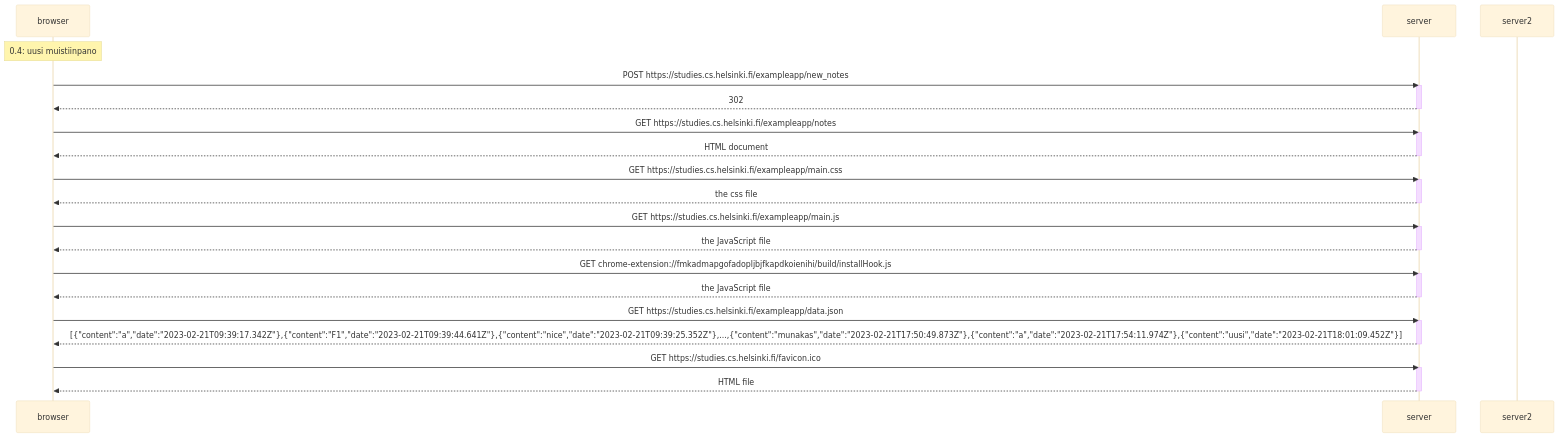
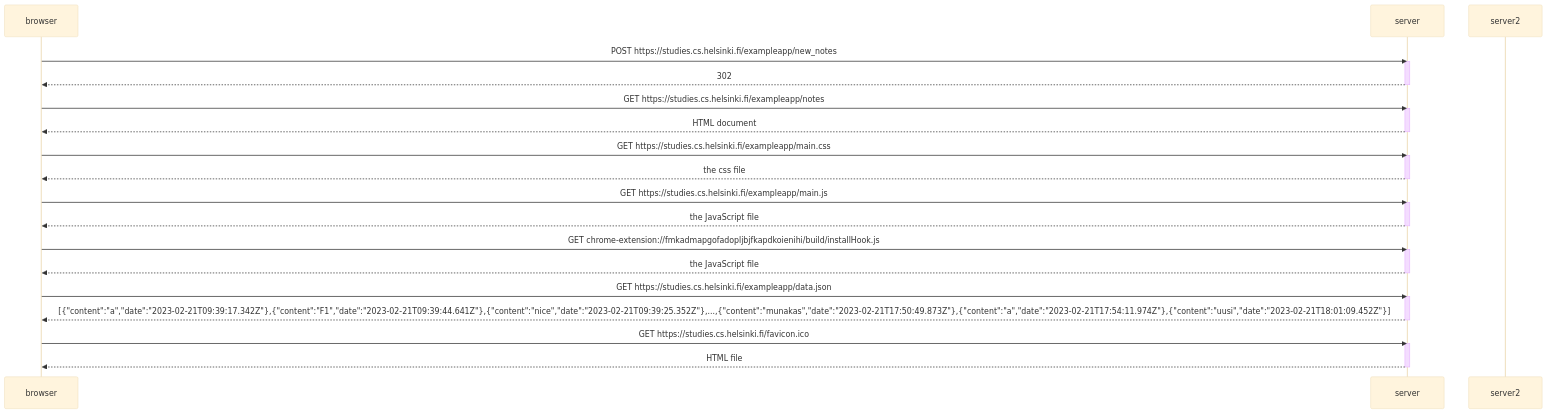
Before and after one commit to RitaMilk/FSHY2023: the diagram in OSA0/readme.md, drawn with Mermaid (base theme). The commit also changed other lines of this file, not shown here.

````diff
--- a/OSA0/readme.md
+++ b/OSA0/readme.md
@@ -1,42 +3,42 @@
 ```mermaid
 
 sequenceDiagram
     participant browser
     participant server
     participant server2
-    NOTE over browser: 0.4: uusi muistiinpano
+    
     browser->>server: POST https://studies.cs.helsinki.fi/exampleapp/new_notes
     activate server
     server-->>browser: 302
     deactivate server
 
     browser->>server: GET https://studies.cs.helsinki.fi/exampleapp/notes
     activate server
     server-->>browser: HTML document
     deactivate server
 	
     browser->>server: GET https://studies.cs.helsinki.fi/exampleapp/main.css
     activate server
     server-->>browser: the css file
     deactivate server
 
     browser->>server: GET https://studies.cs.helsinki.fi/exampleapp/main.js
     activate server
     server-->>browser: the JavaScript file
     deactivate server
 
     browser->>server: GET chrome-extension://fmkadmapgofadopljbjfkapdkoienihi/build/installHook.js
     activate server
     server-->>browser: the JavaScript file
     deactivate server
 
     browser->>server: GET https://studies.cs.helsinki.fi/exampleapp/data.json
     activate server
     server-->>browser: [{"content":"a","date":"2023-02-21T09:39:17.342Z"},{"content":"F1","date":"2023-02-21T09:39:44.641Z"},{"content":"nice","date":"2023-02-21T09:39:25.352Z"},...,{"content":"munakas","date":"2023-02-21T17:50:49.873Z"},{"content":"a","date":"2023-02-21T17:54:11.974Z"},{"content":"uusi","date":"2023-02-21T18:01:09.452Z"}]
     deactivate server
 
     browser->>server: GET https://studies.cs.helsinki.fi/favicon.ico
     activate server
     server-->>browser: HTML file
     deactivate server
 ```
````
